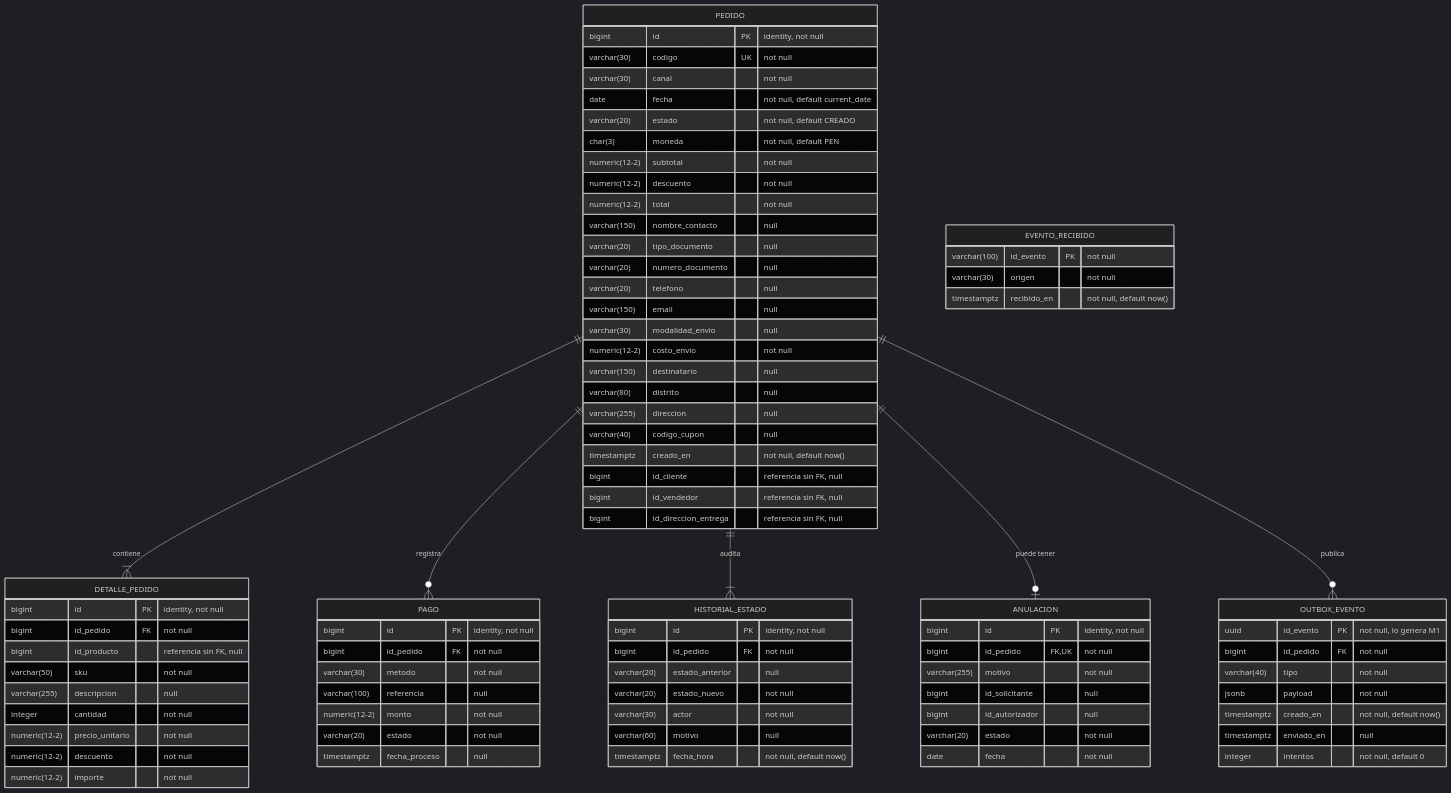
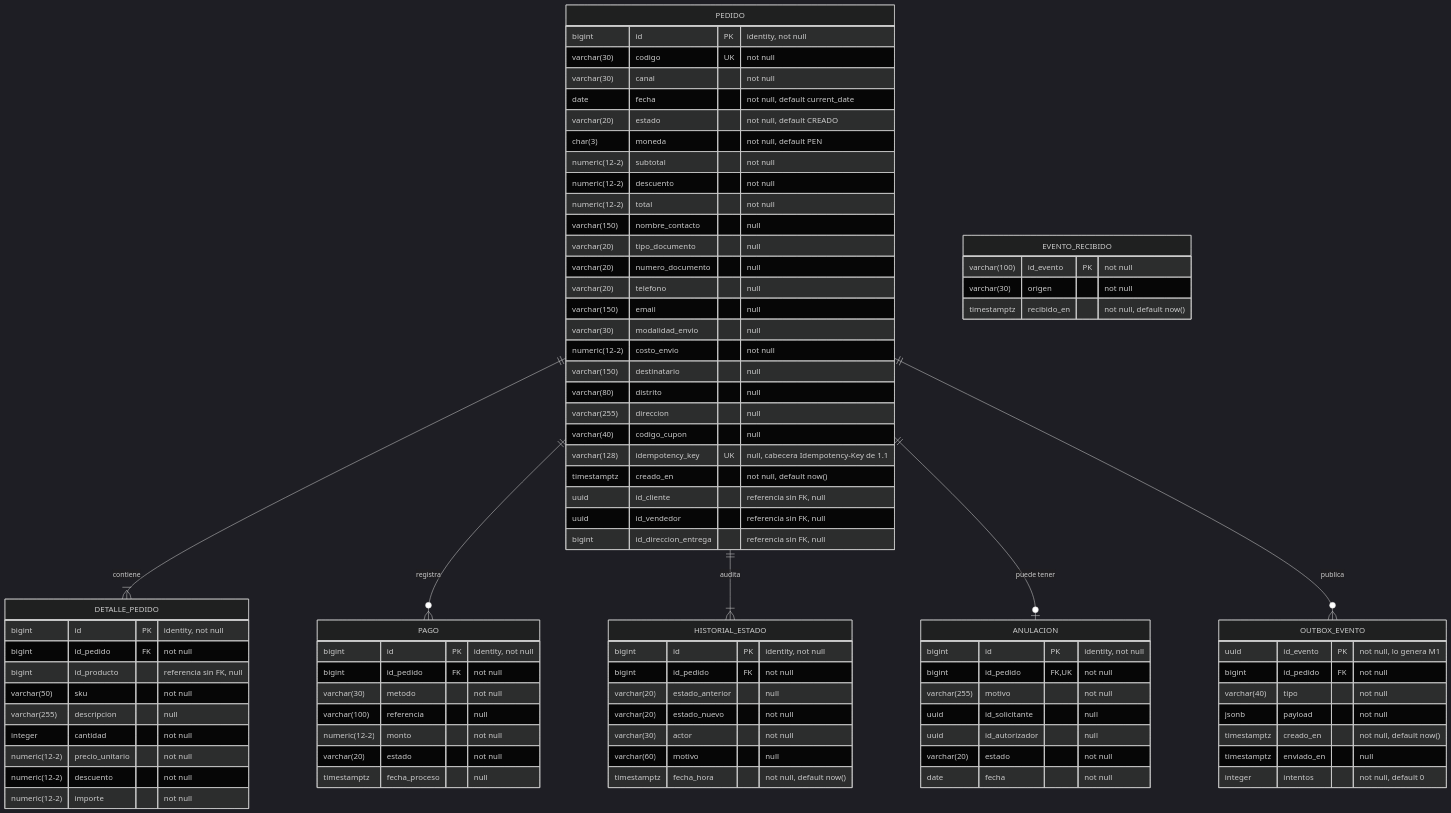
Before and after one commit to Taller-SW-Web/G5-Ventas-Postventas: the first of 2 diagrams in diseno/diagramas/bd/diagrama-fisico.md, drawn with Mermaid (dark theme). The commit also changed other lines of this file and 11 other files, not shown here.

```diff
--- a/diseno/diagramas/bd/diagrama-fisico.md
+++ b/diseno/diagramas/bd/diagrama-fisico.md
@@ -34,9 +34,10 @@
         varchar(80) distrito "null"
         varchar(255) direccion "null"
         varchar(40) codigo_cupon "null"
+        varchar(128) idempotency_key UK "null, cabecera Idempotency-Key de 1.1"
         timestamptz creado_en "not null, default now()"
-        bigint id_cliente "referencia sin FK, null"
-        bigint id_vendedor "referencia sin FK, null"
+        uuid id_cliente "referencia sin FK, null"
+        uuid id_vendedor "referencia sin FK, null"
         bigint id_direccion_entrega "referencia sin FK, null"
     }
     DETALLE_PEDIDO {
@@ -72,8 +73,8 @@
         bigint id PK "identity, not null"
         bigint id_pedido FK,UK "not null"
         varchar(255) motivo "not null"
-        bigint id_solicitante "null"
-        bigint id_autorizador "null"
+        uuid id_solicitante "null"
+        uuid id_autorizador "null"
         varchar(20) estado "not null"
         date fecha "not null"
     }
```
